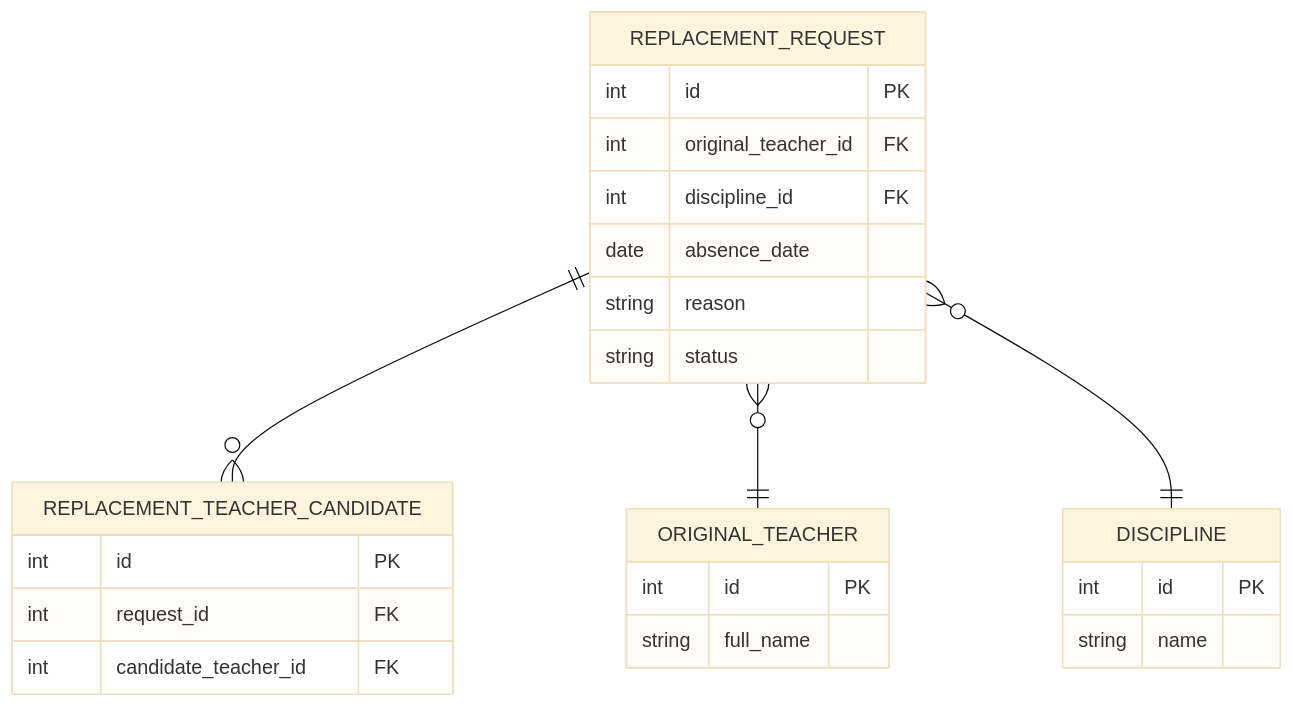
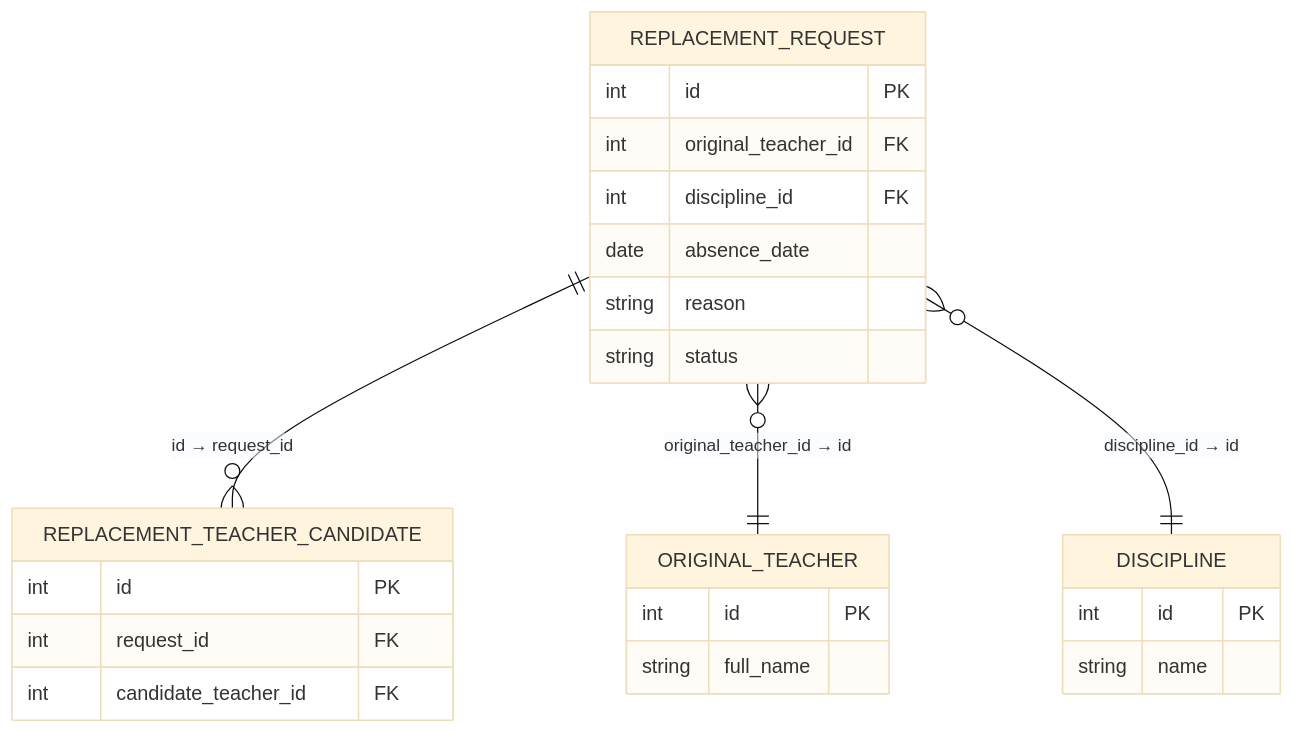
The diagram in requirements_3.md (YuriSilenok/AI), drawn with Mermaid (base theme) before and after one commit.

````diff
--- a/requirements_3.md
+++ b/requirements_3.md
@@ -38,27 +38,28 @@
 ```mermaid
 erDiagram
     REPLACEMENT_REQUEST {
         int id PK
         int original_teacher_id FK
         int discipline_id FK
         date absence_date
         string reason
         string status
     }
     ORIGINAL_TEACHER {
         int id PK
         string full_name
     }
     DISCIPLINE {
         int id PK
         string name
     }
     REPLACEMENT_TEACHER_CANDIDATE {
         int id PK
         int request_id FK
         int candidate_teacher_id FK
     }
-    REPLACEMENT_REQUEST ||--o{ REPLACEMENT_TEACHER_CANDIDATE : ""
-    REPLACEMENT_REQUEST }o--|| ORIGINAL_TEACHER : ""
-    REPLACEMENT_REQUEST }o--|| DISCIPLINE : ""
+
+    REPLACEMENT_REQUEST ||--o{ REPLACEMENT_TEACHER_CANDIDATE : "id → request_id"
+    REPLACEMENT_REQUEST }o--|| ORIGINAL_TEACHER : "original_teacher_id → id"
+    REPLACEMENT_REQUEST }o--|| DISCIPLINE : "discipline_id → id"
 ```
````
